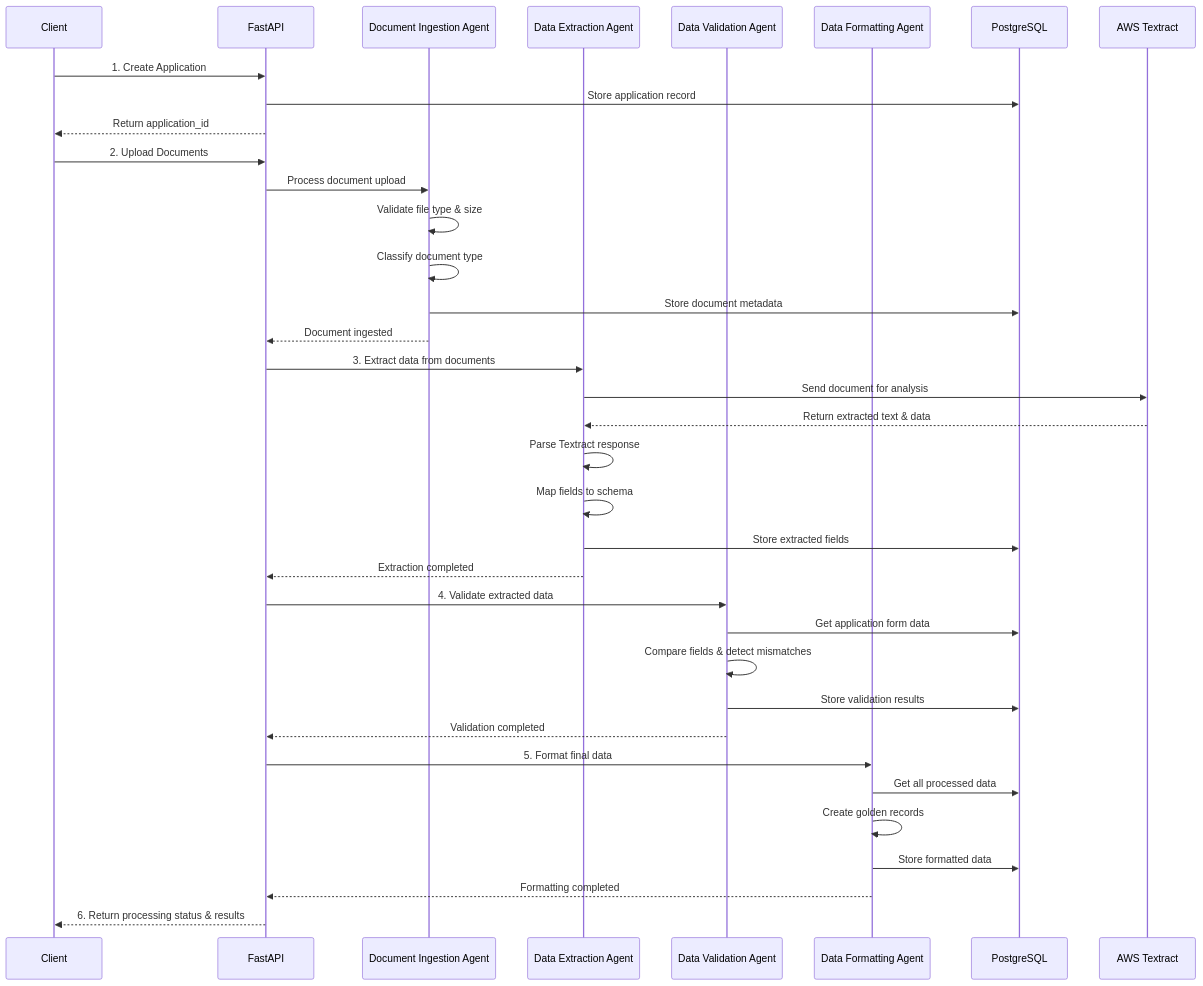
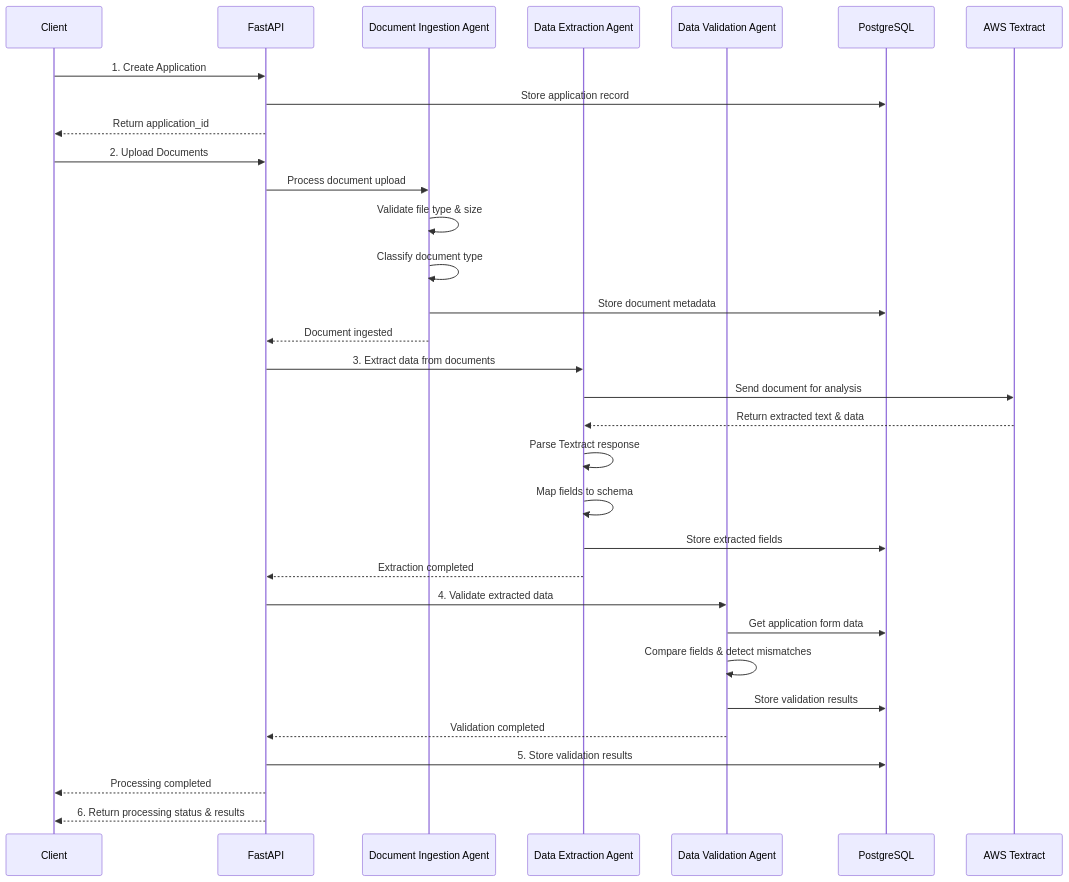
One commit to Iamviratian1/application_doc_processor changed the second of 2 diagrams in README.md. Above: the diagram before and after it, drawn with Mermaid. The commit also changed other lines of this file and 23 other files, not shown here.

````diff
--- a/README.md
+++ b/README.md
@@ -119,44 +113,40 @@
 ```mermaid
 sequenceDiagram
     participant Client
     participant API as FastAPI
     participant DIA as Document Ingestion Agent
     participant DEA as Data Extraction Agent
     participant DVA as Data Validation Agent
-    participant DFA as Data Formatting Agent
     participant DB as PostgreSQL
     participant AWS as AWS Textract
     
     Client->>API: 1. Create Application
     API->>DB: Store application record
     API-->>Client: Return application_id
     
     Client->>API: 2. Upload Documents
     API->>DIA: Process document upload
     DIA->>DIA: Validate file type & size
     DIA->>DIA: Classify document type
     DIA->>DB: Store document metadata
     DIA-->>API: Document ingested
     
     API->>DEA: 3. Extract data from documents
     DEA->>AWS: Send document for analysis
     AWS-->>DEA: Return extracted text & data
     DEA->>DEA: Parse Textract response
     DEA->>DEA: Map fields to schema
     DEA->>DB: Store extracted fields
     DEA-->>API: Extraction completed
     
     API->>DVA: 4. Validate extracted data
     DVA->>DB: Get application form data
     DVA->>DVA: Compare fields & detect mismatches
     DVA->>DB: Store validation results
     DVA-->>API: Validation completed
     
-    API->>DFA: 5. Format final data
-    DFA->>DB: Get all processed data
-    DFA->>DFA: Create golden records
-    DFA->>DB: Store formatted data
-    DFA-->>API: Formatting completed
+    API->>DB: 5. Store validation results
+    API-->>Client: Processing completed
     
     API-->>Client: 6. Return processing status & results
 ```
````
